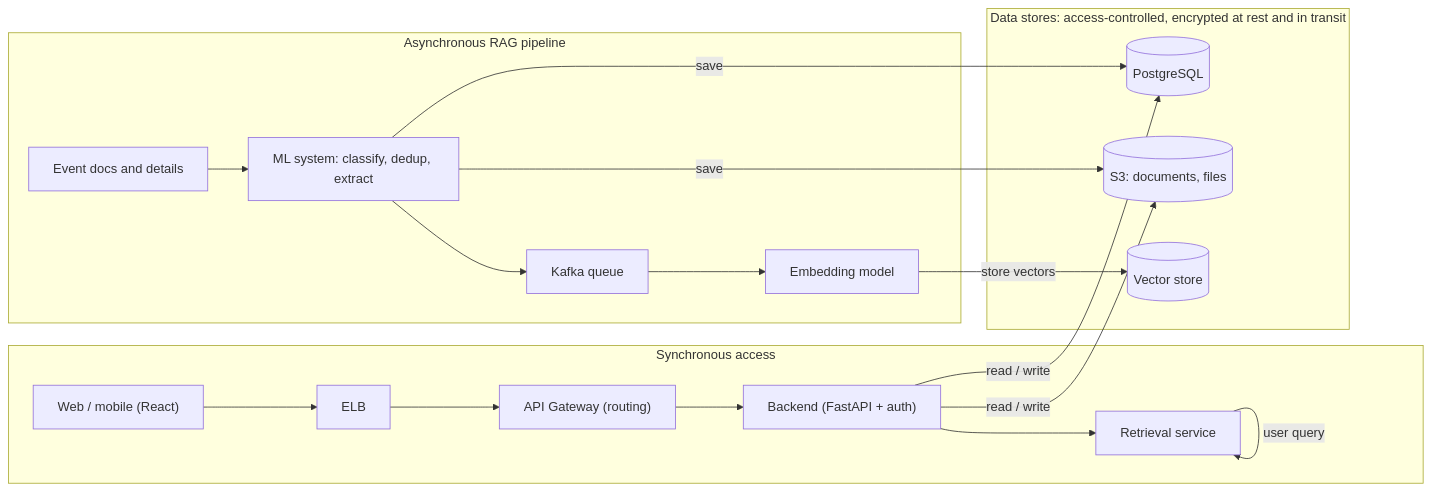
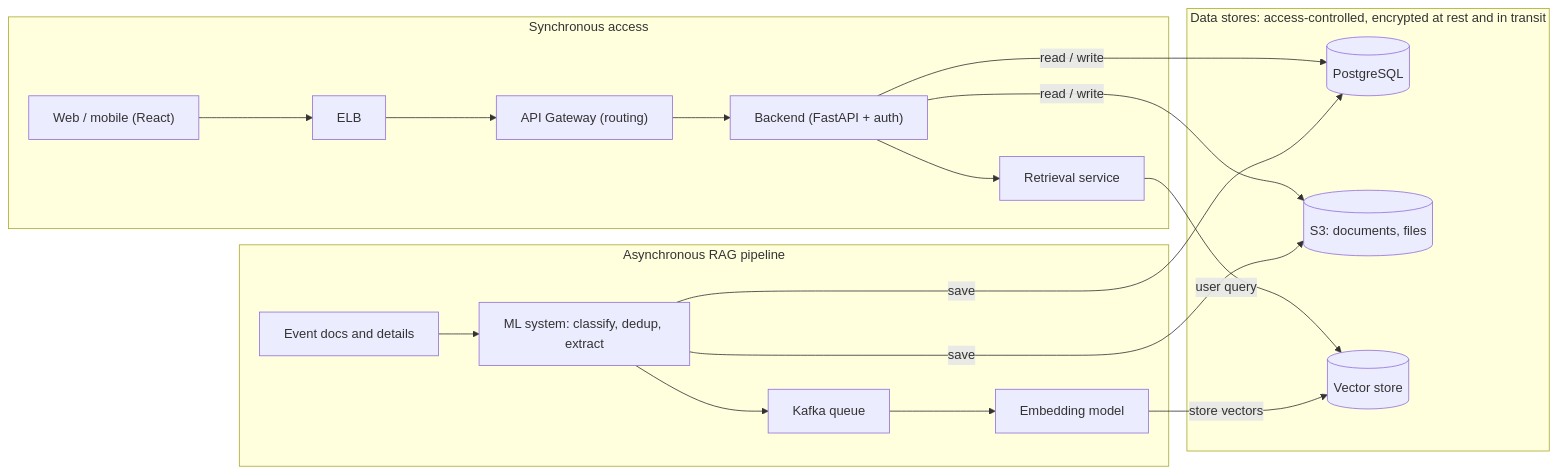
Before and after one commit to mkrishnan-code/EventsPlatform: the diagram in event-portal-high-level-design.md, drawn with Mermaid.

Commit message:
Update user query flow from RS to VS

````diff
--- a/event-portal-high-level-design.md
+++ b/event-portal-high-level-design.md
@@ -15,20 +15,20 @@
 ```mermaid
 flowchart LR
   subgraph Sync["Synchronous access"]
     UI["Web / mobile (React)"] --> ELB["ELB"] --> GW["API Gateway (routing)"] --> BE["Backend (FastAPI + auth)"] --> RS["Retrieval service"]
   end
   subgraph Stores["Data stores: access-controlled, encrypted at rest and in transit"]
     PG[("PostgreSQL")]
     S3[("S3: documents, files")]
     VS[("Vector store")]
   end
   subgraph Async["Asynchronous RAG pipeline"]
     DOCS["Event docs and details"] --> ML["ML system: classify, dedup, extract"] --> K["Kafka queue"] --> EMB["Embedding model"]
   end
   BE -- read / write --> PG
   BE -- read / write --> S3
-  RS -- user query --> RS
+  RS -- user query --> VS
   ML -- save --> PG
   ML -- save --> S3
   EMB -- store vectors --> VS
 ```
````
